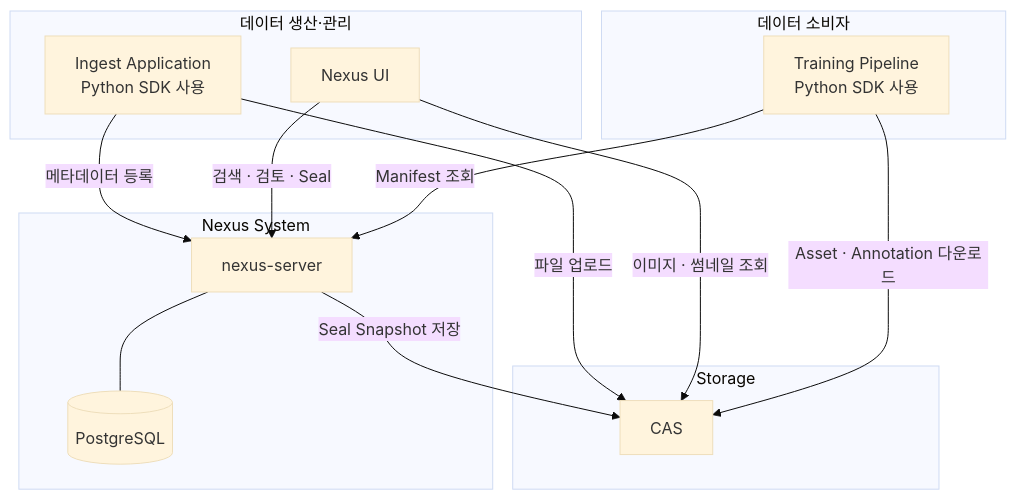
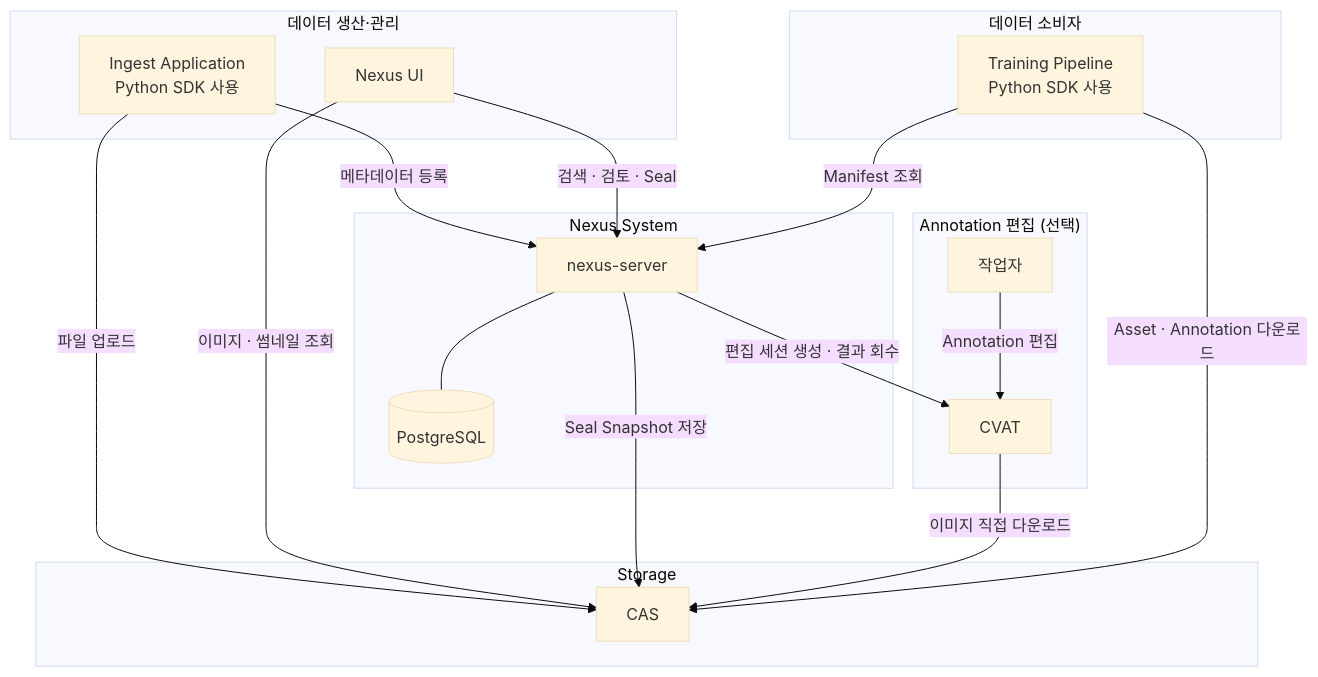
One commit to int2nexus/cas-server changed the first of 8 diagrams in charts/nexus-server/docs/architecture.md. Above: the diagram before and after it, drawn with Mermaid (base theme). The commit also changed other lines of this file and 7 other files, not shown here.

````diff
--- a/charts/nexus-server/docs/architecture.md
+++ b/charts/nexus-server/docs/architecture.md
@@ -47,32 +48,41 @@
 ```mermaid
 flowchart TB
     subgraph Producers["데이터 생산·관리"]
         INGEST["Ingest Application<br/>Python SDK 사용"]
         UI["Nexus UI"]
     end
 
     subgraph NexusSystem["Nexus System"]
         NX["nexus-server"]
         PG[("PostgreSQL")]
     end
 
     subgraph Storage["Storage"]
         CAS["CAS"]
     end
 
+    subgraph Editing["Annotation 편집 (선택)"]
+        CVAT["CVAT"]
+        WORKER["작업자"]
+    end
+
     subgraph Consumers["데이터 소비자"]
         TRAIN["Training Pipeline<br/>Python SDK 사용"]
     end
 
     INGEST -->|"파일 업로드"| CAS
     INGEST -->|"메타데이터 등록"| NX
 
     UI -->|"검색 · 검토 · Seal"| NX
     UI -->|"이미지 · 썸네일 조회"| CAS
 
     NX --- PG
     NX -->|"Seal Snapshot 저장"| CAS
 
+    NX -->|"편집 세션 생성 · 결과 회수"| CVAT
+    CVAT -->|"이미지 직접 다운로드"| CAS
+    WORKER -->|"Annotation 편집"| CVAT
+
     TRAIN -->|"Manifest 조회"| NX
     TRAIN -->|"Asset · Annotation 다운로드"| CAS
 ```
````
